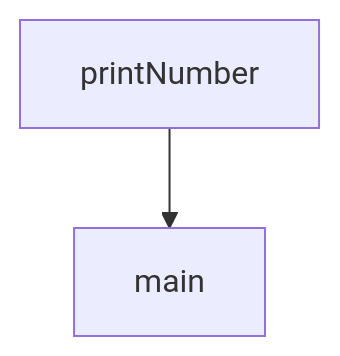
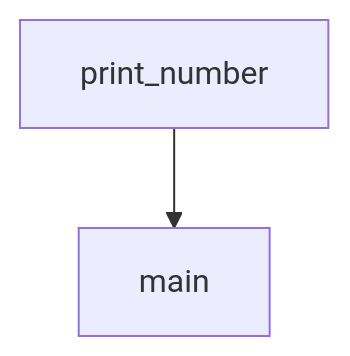
The diagram in cs/컴퓨터 구조/Activation Record.md (junghoon-vans/vanstil), drawn with Mermaid before and after one commit. The commit also changed other lines of this file, not shown here.

````diff
--- a/cs/컴퓨터 구조/Activation Record.md
+++ b/cs/컴퓨터 구조/Activation Record.md
@@ -22,4 +37,4 @@
 ```mermaid LR
 flowchart
-	printNumber --> main
+	print_number --> main
 ```
````
